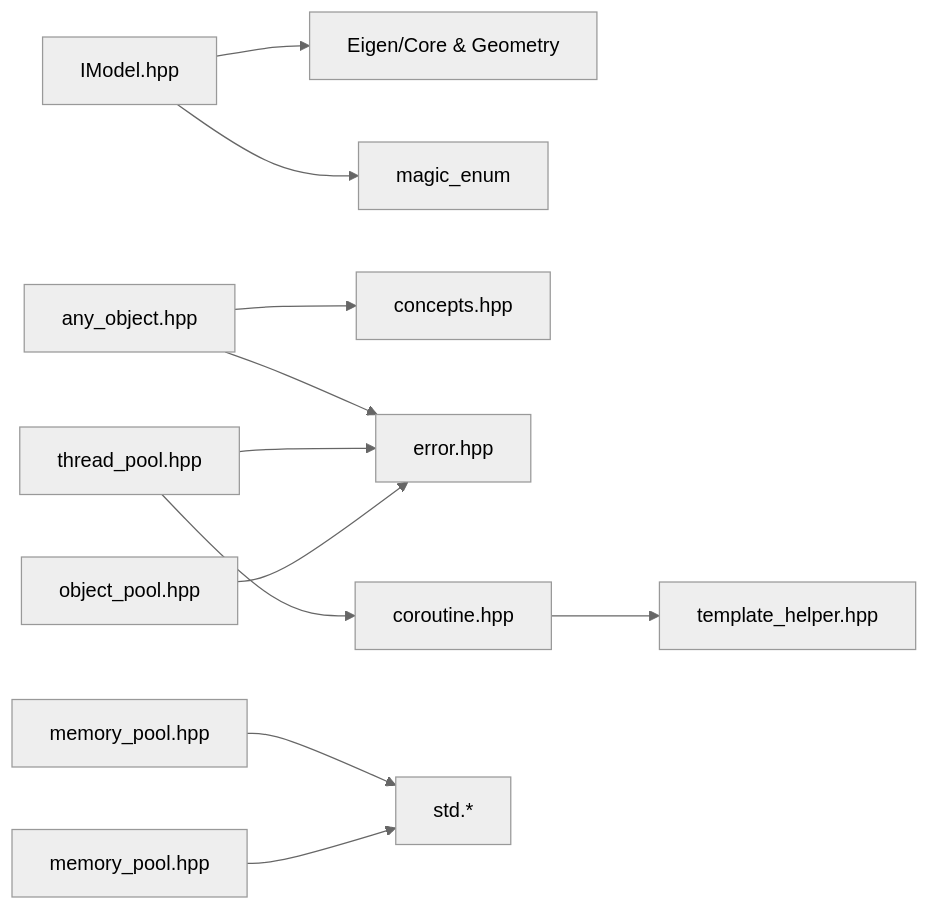
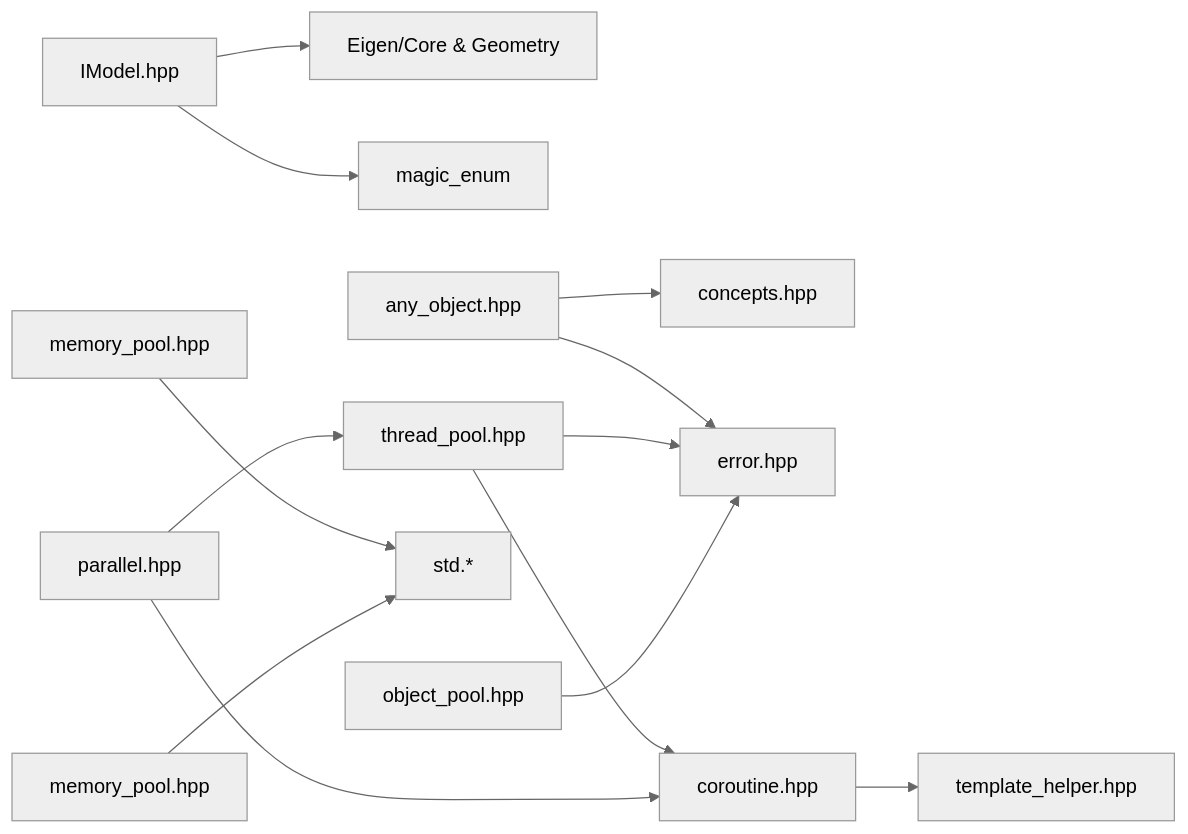
Diagram 12 of 12 in .qoder/repowiki/zh/content/核心模块详解/基础模块 (Base Module)/基础模块 (Base Module).md (hsmbanlance/HsBaSlicer), drawn with Mermaid (neutral theme) before and after one commit. The commit also changed other lines of this file and 365 other files, not shown here.

````diff
--- a/.qoder/repowiki/zh/content/核心模块详解/基础模块 (Base Module)/基础模块 (Base Module).md
+++ b/.qoder/repowiki/zh/content/核心模块详解/基础模块 (Base Module)/基础模块 (Base Module).md
@@ -474,13 +623,15 @@
 ```mermaid
 graph LR
 IModel["IModel.hpp"] --> Eigen["Eigen/Core & Geometry"]
 IModel --> MagicEnum["magic_enum"]
 AnyObject["any_object.hpp"] --> Concepts["concepts.hpp"]
 AnyObject --> Error["error.hpp"]
 ThreadPool["thread_pool.hpp"] --> Coroutine["coroutine.hpp"]
 ThreadPool --> Error
+Parallel["parallel.hpp"] --> ThreadPool
+Parallel --> Coroutine
 Coroutine --> TemplateHelper["template_helper.hpp"]
 MemoryPool["memory_pool.hpp"] --> StdLib["std.*"]
 StaticMemoryPool["memory_pool.hpp"] --> StdLib
 NamedObjectPool["object_pool.hpp"] --> Error
 ```
````
